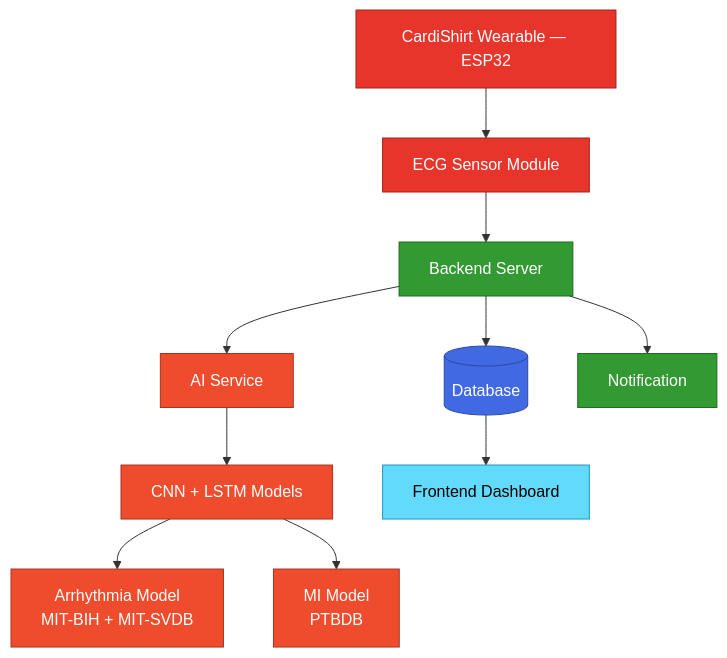
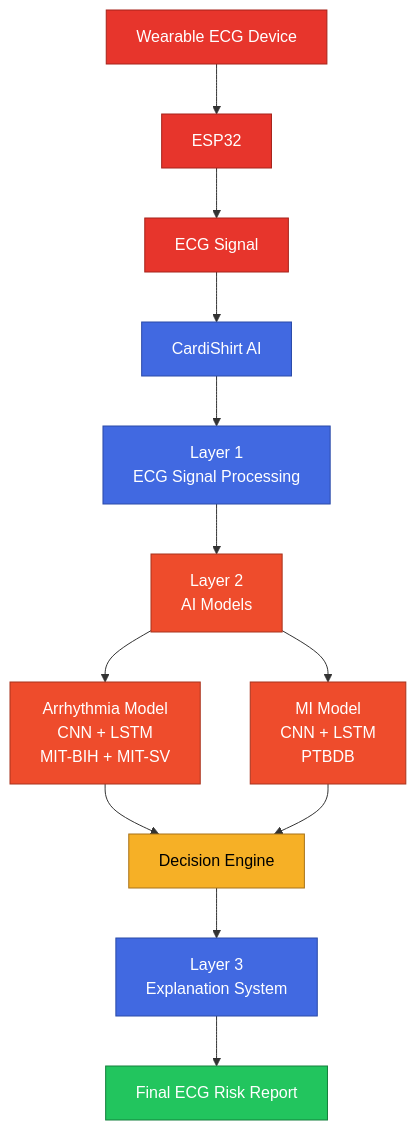
Before and after one commit to hamim0047/CardiShirt: the first of 7 diagrams in ai-training/README.md, drawn with Mermaid. The commit also changed other lines of this file, not shown here.

````diff
--- a/ai-training/README.md
+++ b/ai-training/README.md
@@ -60,27 +63,30 @@
 ```mermaid
 flowchart TD
-    ESP32[CardiShirt Wearable — ESP32] --> Sensor[ECG Sensor Module]
-    Sensor --> Backend[Backend Server]
+    Device[Wearable ECG Device] --> ESP32
+    ESP32 --> Signal[ECG Signal]
+    Signal --> AI["CardiShirt AI"]
 
-    Backend --> DB[(Database)]
-    Backend --> AIS[AI Service]
-    Backend --> Notif[Notification]
+    AI --> L1["Layer 1<br/>ECG Signal Processing"]
+    L1 --> L2["Layer 2<br/>AI Models"]
 
-    AIS --> Models[CNN + LSTM Models]
-    Models --> Arr["Arrhythmia Model<br/>MIT-BIH + MIT-SVDB"]
-    Models --> MI["MI Model<br/>PTBDB"]
+    L2 --> Arr["Arrhythmia Model<br/>CNN + LSTM<br/>MIT-BIH + MIT-SV"]
+    L2 --> MI["MI Model<br/>CNN + LSTM<br/>PTBDB"]
 
-    DB --> FE[Frontend Dashboard]
+    Arr --> DE[Decision Engine]
+    MI --> DE
+
+    DE --> L3["Layer 3<br/>Explanation System"]
+    L3 --> Report[Final ECG Risk Report]
 
     classDef hardware fill:#e7352c,stroke:#a6231a,color:#fff
-    classDef server fill:#339933,stroke:#1f6b1f,color:#fff
-    classDef ai fill:#ee4c2c,stroke:#a8331d,color:#fff
-    classDef data fill:#4169e1,stroke:#2a4aa8,color:#fff
-    classDef ui fill:#61dafb,stroke:#2596be,color:#000
+    classDef stage fill:#4169e1,stroke:#2a4aa8,color:#fff
+    classDef model fill:#ee4c2c,stroke:#a8331d,color:#fff
+    classDef decide fill:#f6b026,stroke:#a87218,color:#000
+    classDef out fill:#22c55e,stroke:#15803d,color:#fff
 
-    class ESP32,Sensor hardware
-    class Backend,Notif server
-    class AIS,Models,Arr,MI ai
-    class DB data
-    class FE ui
+    class Device,ESP32,Signal hardware
+    class AI,L1,L3 stage
+    class L2,Arr,MI model
+    class DE decide
+    class Report out
 ```
````
